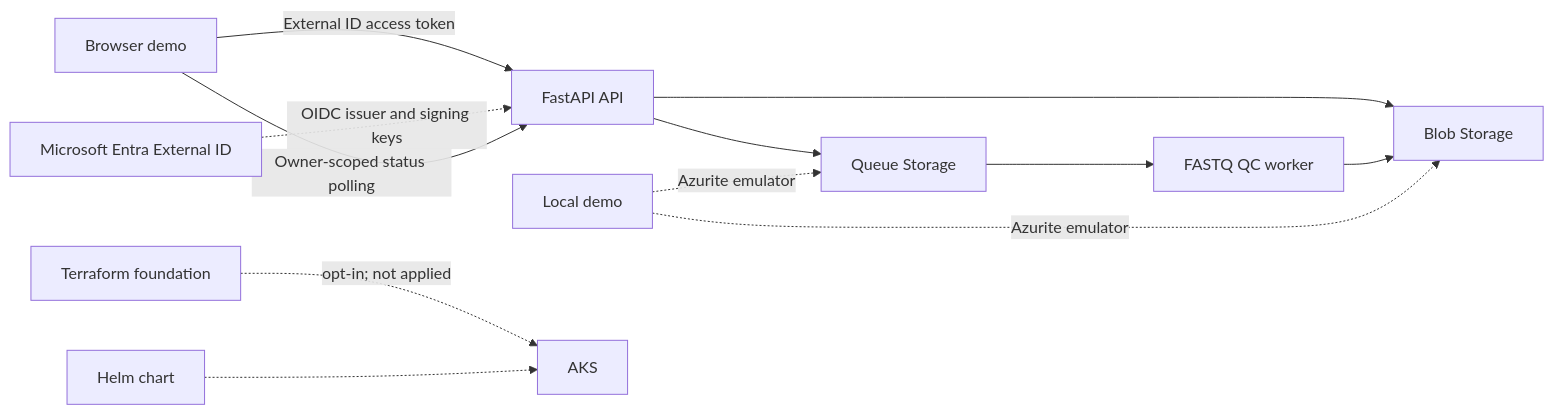
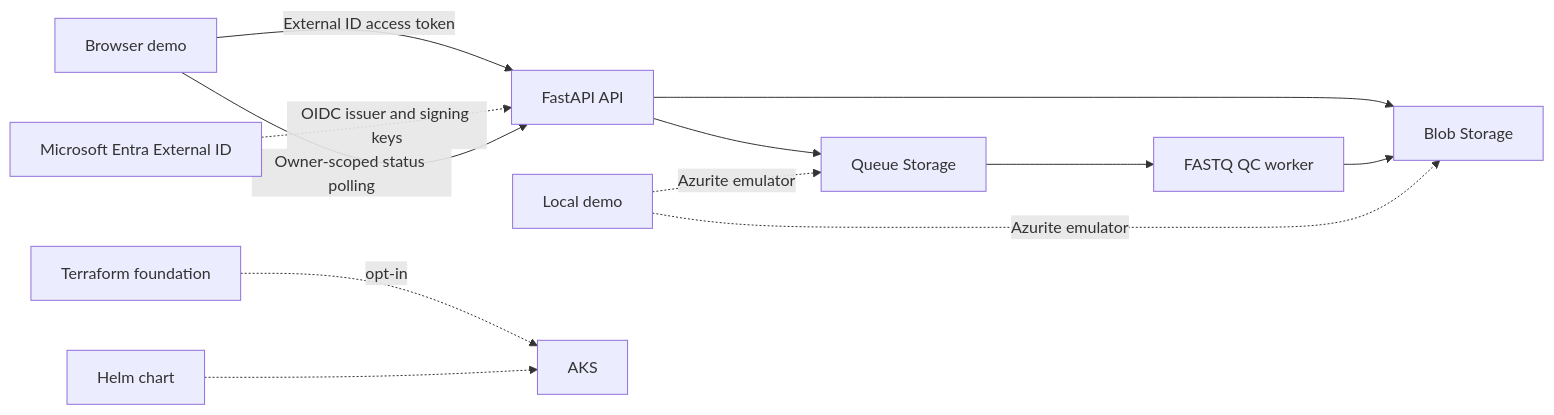
The diagram in docs/interviewer-demo.md (Toni744/pangolin-field-api), drawn with Mermaid before and after one commit. The commit also changed other lines of this file and 3 other files, not shown here.

````diff
--- a/docs/interviewer-demo.md
+++ b/docs/interviewer-demo.md
@@ -80,14 +79,14 @@
 ```mermaid
 flowchart LR
     Browser["Browser demo"] -->|"External ID access token"| API["FastAPI API"]
     ExternalID["Microsoft Entra External ID"] -.->|"OIDC issuer and signing keys"| API
     API --> Blob["Blob Storage"]
     API --> Queue["Queue Storage"]
     Queue --> Worker["FASTQ QC worker"]
     Worker --> Blob
     Browser -->|"Owner-scoped status polling"| API
     Local["Local demo"] -.->|"Azurite emulator"| Blob
     Local -.->|"Azurite emulator"| Queue
-    Terraform["Terraform foundation"] -.->|"opt-in; not applied"| AKS["AKS"]
+    Terraform["Terraform foundation"] -.->|"opt-in"| AKS["AKS"]
     Helm["Helm chart"] -.-> AKS
 ```
````
